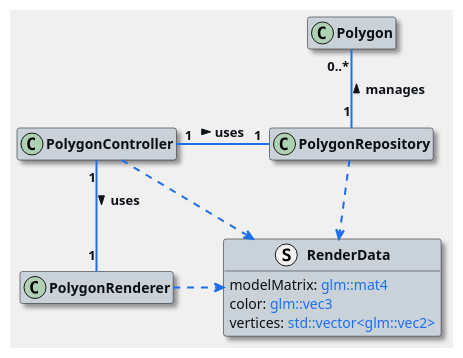
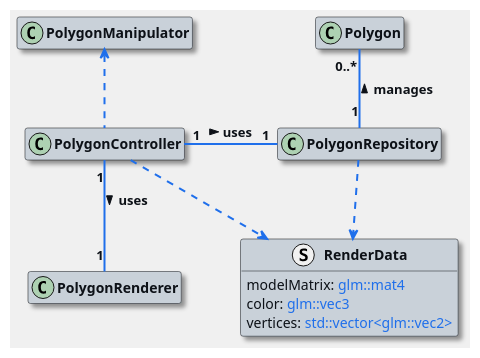
Before and after one commit to abstratovcm/CubeSolver: the diagram in docs/diagrams/PolygonRenderingSystem.puml, drawn with PlantUML. The commit also changed 6 other files, not shown here.

Commit message:
adding PolygonManipulator

```diff
--- a/docs/diagrams/PolygonRenderingSystem.puml
+++ b/docs/diagrams/PolygonRenderingSystem.puml
@@ -1,51 +1,45 @@
 @startuml PolygonRenderingSystem
 
 skinparam Shadowing true
 
 skinparam backgroundColor #F0F0F0
 
 skinparam nodesep 50
 
 skinparam class {
   BackgroundColor #C9D1D9
   BorderColor #0D1117
   FontColor #0D1117
   FontStyle bold
   StereotypeFontColor #1F6FEB
 }
 
 skinparam Arrow {
   Color #1F6FEB
   FontColor #0D1117
   FontStyle bold
   Thickness 2
 }
 
-class Polygon {
-}
-
-class PolygonController {
-}
-
-class PolygonRenderer {
-}
-
-class PolygonRepository {
-}
+class Polygon
+class PolygonController 
+class PolygonRenderer 
+class PolygonRepository 
+class PolygonManipulator 
 
 struct RenderData {
   {field} <color:#0D1117>modelMatrix:</color> <color:#1F6FEB>glm::mat4</color>
   {field} <color:#0D1117>color:</color> <color:#1F6FEB>glm::vec3</color>
   {field} <color:#0D1117>vertices:</color> <color:#1F6FEB>std::vector<glm::vec2></color>
 }
 
 PolygonController "1" -down- "1" PolygonRenderer : uses >
 PolygonController "1" -right- "1" PolygonRepository : uses >
+PolygonController .up.> PolygonManipulator
 PolygonRepository "1" -up- "0..*" Polygon : manages >
-PolygonRenderer .right.> RenderData
 PolygonRepository .down.> RenderData
 PolygonController ..> RenderData
 
 hide empty members
 
 @enduml
```
